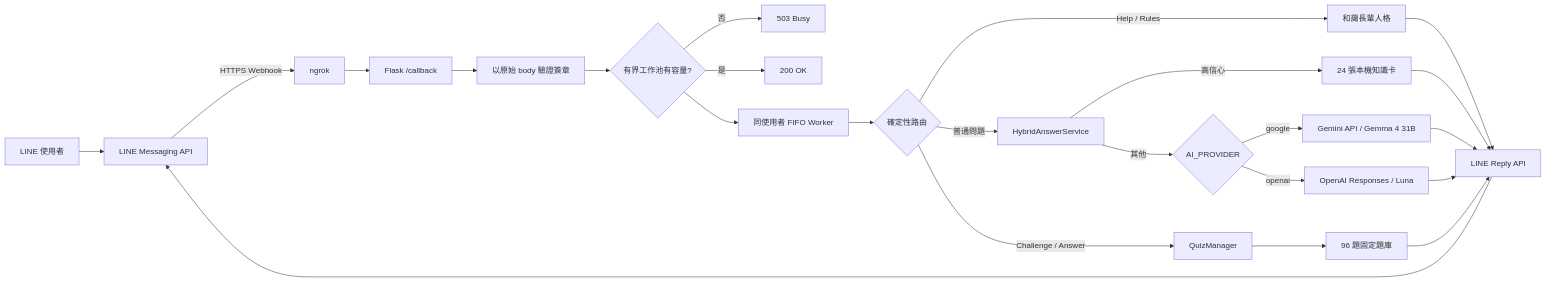
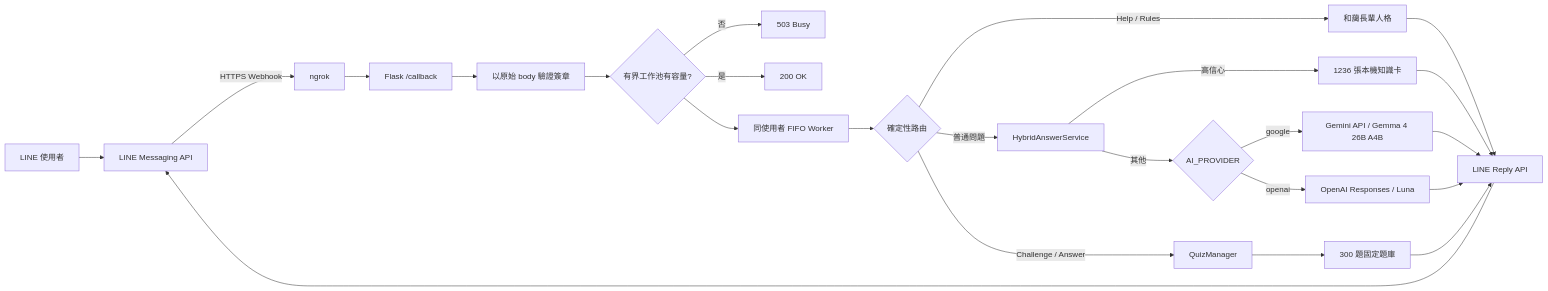
One commit to Gale0418/SFLINE_BOT changed the diagram in docs/architecture.md. Above: the diagram before and after it, drawn with Mermaid. The commit also changed other lines of this file and 246 other files, not shown here.

````diff
--- a/docs/architecture.md
+++ b/docs/architecture.md
@@ -32,26 +32,26 @@
 ```mermaid
 flowchart LR
     U[LINE 使用者] --> L[LINE Messaging API]
     L -->|HTTPS Webhook| N[ngrok]
     N --> F[Flask /callback]
     F --> V[以原始 body 驗證簽章]
     V --> Q{有界工作池有容量?}
     Q -->|否| R503[503 Busy]
     Q -->|是| ACK[200 OK]
     Q --> W[同使用者 FIFO Worker]
     W --> D{確定性路由}
     D -->|Help / Rules| P[和藹長輩人格]
     D -->|Challenge / Answer| Z[QuizManager]
     D -->|普通問題| H[HybridAnswerService]
-    H -->|高信心| K[24 張本機知識卡]
+    H -->|高信心| K[1236 張本機知識卡]
     H -->|其他| S{AI_PROVIDER}
-    S -->|google| G[Gemini API / Gemma 4 31B]
+    S -->|google| G[Gemini API / Gemma 4 26B A4B]
     S -->|openai| O[OpenAI Responses / Luna]
-    Z --> B[96 題固定題庫]
+    Z --> B[300 題固定題庫]
     P --> X[LINE Reply API]
     K --> X
     G --> X
     O --> X
     B --> X
     X --> L
 ```
````
